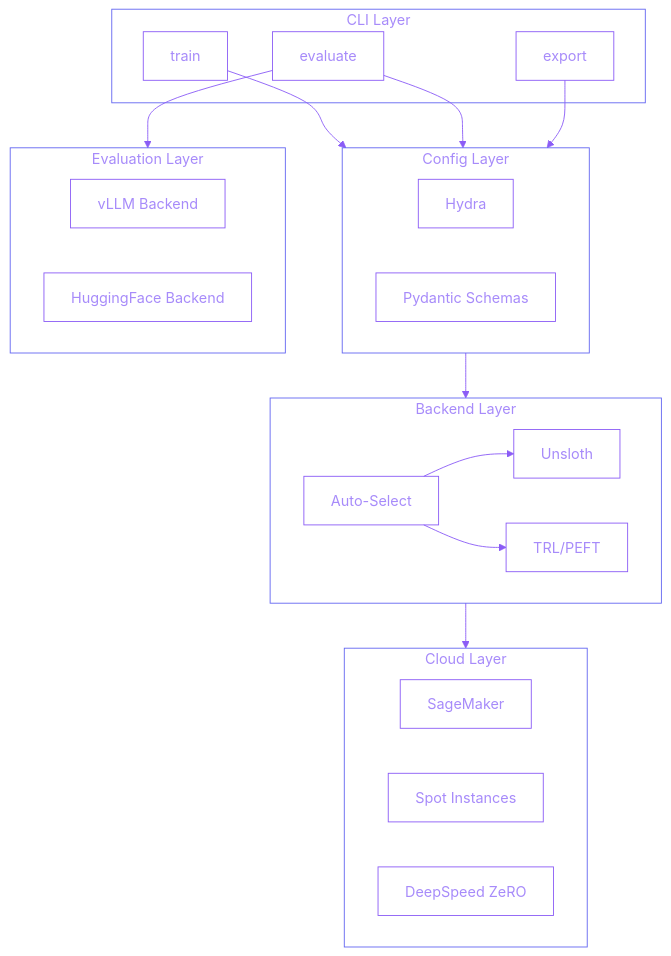
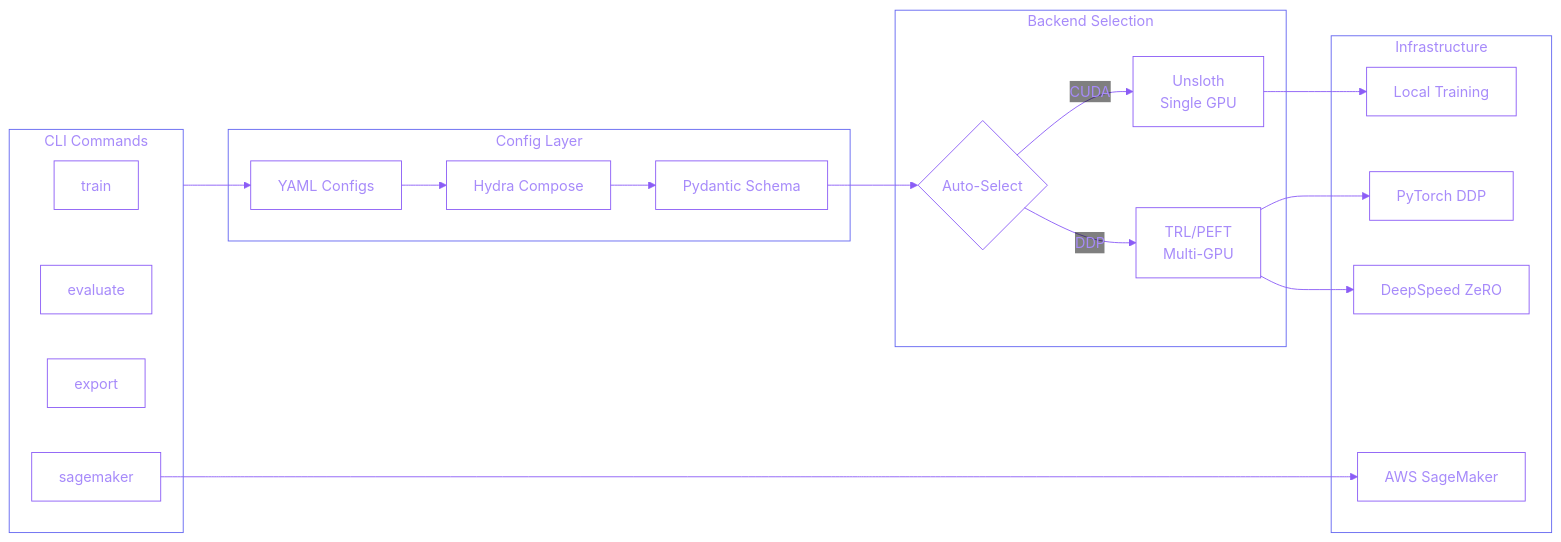
Before and after one commit to connectwithprakash/connectwithprakash.github.io: the diagram in src/content/projects/unified-llm-finetuning.md, drawn with Mermaid.

Commit message:
[Content]: Improve architecture diagram for Unified LLM Fine-Tuning CLI
- Updated diagram to show data flow from YAML configs through Hydra to Pydantic
- Added sagemaker CLI command to diagram
- Clarified backend selection: CUDA -> Unsloth, DDP -> TRL/PEFT
- Added infrastructure layer showing Local, SageMaker, DDP, DeepSpeed
- Changed to horizontal layout (LR) for better readability

````diff
--- a/src/content/projects/unified-llm-finetuning.md
+++ b/src/content/projects/unified-llm-finetuning.md
@@ -37,40 +37,40 @@
 ```mermaid
 %%{init: {'theme': 'base', 'themeVariables': { 'primaryColor': 'transparent', 'primaryTextColor': '#a78bfa', 'primaryBorderColor': '#8b5cf6', 'lineColor': '#8b5cf6', 'secondaryColor': 'transparent', 'tertiaryColor': 'transparent', 'mainBkg': 'transparent', 'nodeBorder': '#8b5cf6', 'clusterBkg': 'transparent', 'clusterBorder': '#6366f1', 'titleColor': '#a78bfa'}}}%%
-flowchart TB
-    subgraph CLI["CLI Layer"]
+flowchart LR
+    subgraph CLI["CLI Commands"]
         Train[train]
         Eval[evaluate]
         Export[export]
+        SM[sagemaker]
     end
 
     subgraph Config["Config Layer"]
-        Hydra[Hydra]
-        Pydantic[Pydantic Schemas]
+        YAML[YAML Configs]
+        Hydra[Hydra Compose]
+        Schema[Pydantic Schema]
     end
 
-    subgraph Backends["Backend Layer"]
-        Auto[Auto-Select]
-        Unsloth[Unsloth]
-        TRL[TRL/PEFT]
+    subgraph Backends["Backend Selection"]
+        Auto{Auto-Select}
+        Unsloth[Unsloth<br/>Single GPU]
+        TRL[TRL/PEFT<br/>Multi-GPU]
     end
 
-    subgraph Cloud["Cloud Layer"]
-        SM[SageMaker]
-        Spot[Spot Instances]
+    subgraph Infra["Infrastructure"]
+        Local[Local Training]
+        Cloud[AWS SageMaker]
+        DDP[PyTorch DDP]
         DS[DeepSpeed ZeRO]
     end
 
-    subgraph EvalLayer["Evaluation Layer"]
-        vLLM[vLLM Backend]
-        HF[HuggingFace Backend]
-    end
-
-    Train --> Config
-    Eval --> Config
-    Export --> Config
-    Config --> Backends
-    Auto --> Unsloth
-    Auto --> TRL
-    Backends --> Cloud
-    Eval --> EvalLayer
+    CLI --> YAML
+    YAML --> Hydra
+    Hydra --> Schema
+    Schema --> Auto
+    Auto -->|CUDA| Unsloth
+    Auto -->|DDP| TRL
+    Unsloth --> Local
+    TRL --> DDP
+    TRL --> DS
+    SM --> Cloud
 ```
````
